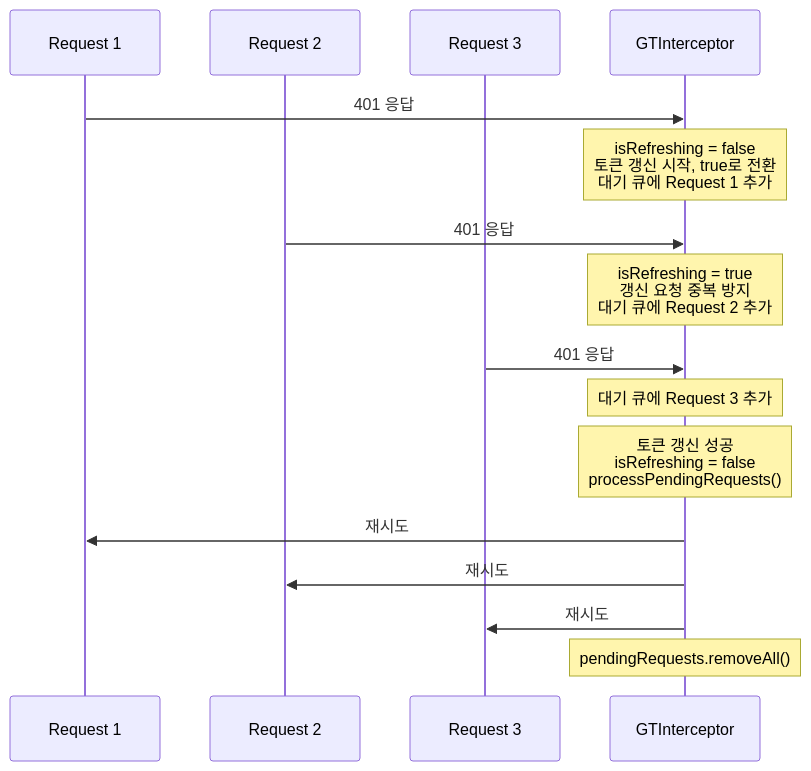
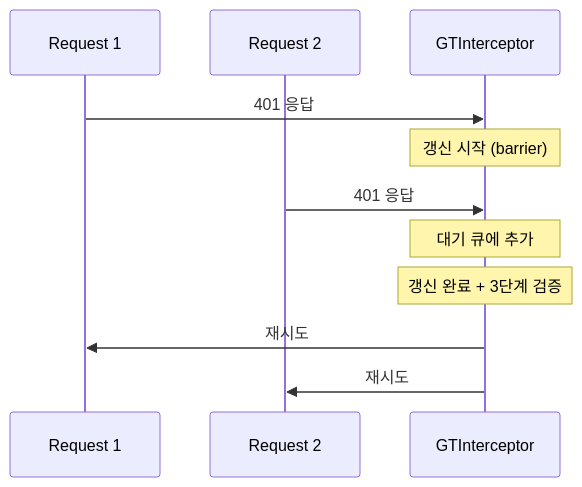
The second of 3 diagrams in README.md (ParkSY0919/GLINT-iOS), drawn with Mermaid before and after one commit. The commit also changed other lines of this file, not shown here.

````diff
--- a/README.md
+++ b/README.md
@@ -229,19 +107,14 @@
 ```mermaid
 sequenceDiagram
     participant R1 as Request 1
     participant R2 as Request 2
-    participant R3 as Request 3
     participant I as GTInterceptor
 
     R1->>I: 401 응답
-    Note over I: isRefreshing = false<br/>토큰 갱신 시작, true로 전환<br/>대기 큐에 Request 1 추가
+    Note over I: 갱신 시작 (barrier)
     R2->>I: 401 응답
-    Note over I: isRefreshing = true<br/>갱신 요청 중복 방지<br/>대기 큐에 Request 2 추가
-    R3->>I: 401 응답
-    Note over I: 대기 큐에 Request 3 추가
-    Note over I: 토큰 갱신 성공<br/>isRefreshing = false<br/>processPendingRequests()
+    Note over I: 대기 큐에 추가
+    Note over I: 갱신 완료 + 3단계 검증
     I->>R1: 재시도
     I->>R2: 재시도
-    I->>R3: 재시도
-    Note over I: pendingRequests.removeAll()
 ```
````
